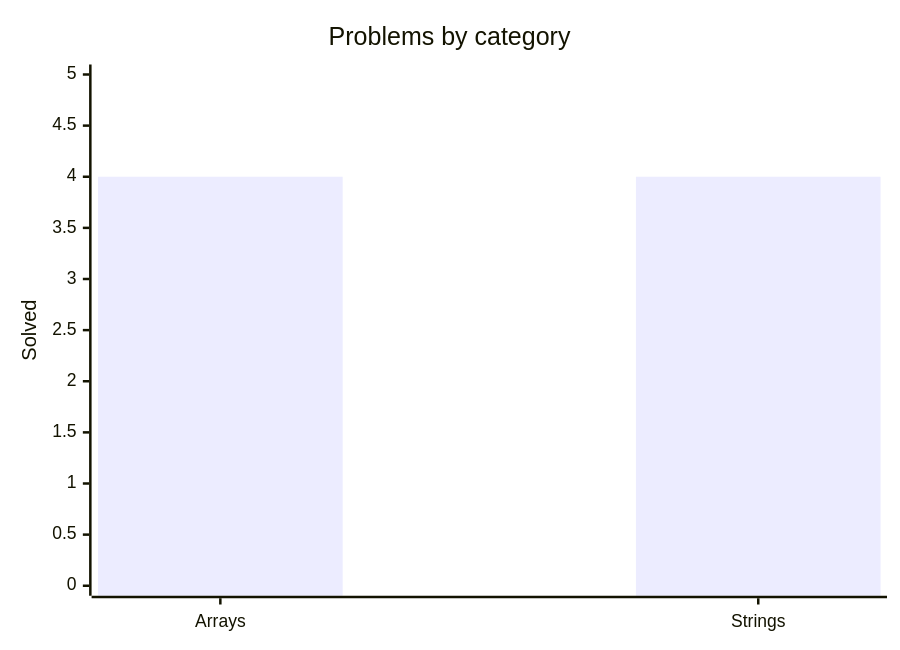
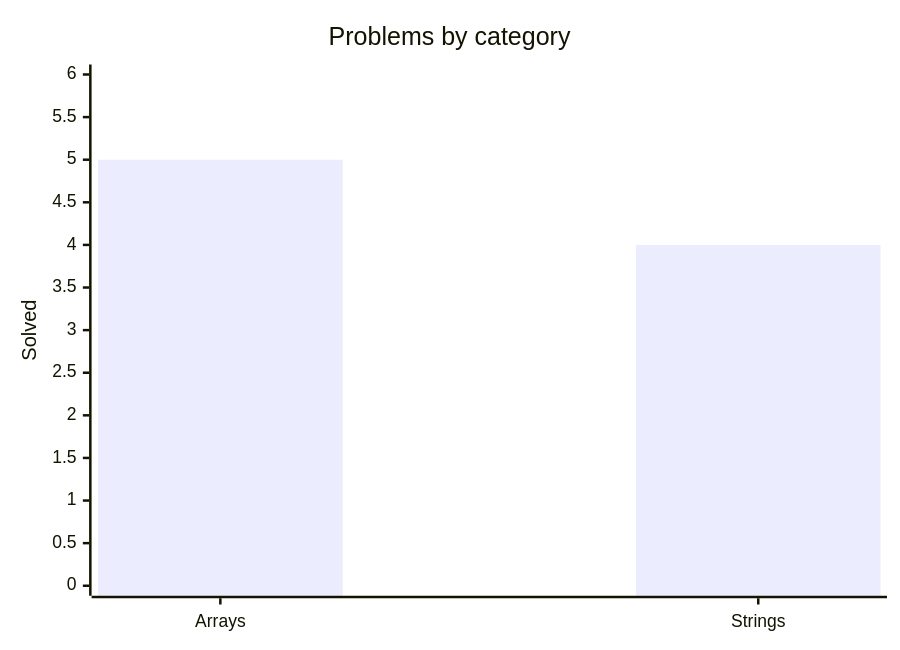
The diagram in README.md (mauli-waghmore/data-structures-algorithms-kotlin), drawn with Mermaid before and after one commit. The commit also changed other lines of this file and 1 other file, not shown here.

````diff
--- a/README.md
+++ b/README.md
@@ -35,8 +35,8 @@
 ```mermaid
 %%{init: {"xyChart": {"plotColorPalette": "#7F52FF"}}}%%
 xychart-beta
     title "Problems by category"
     x-axis ["Arrays", "Strings"]
-    y-axis "Solved" 0 --> 5
-    bar [4, 4]
+    y-axis "Solved" 0 --> 6
+    bar [5, 4]
 ```
````
